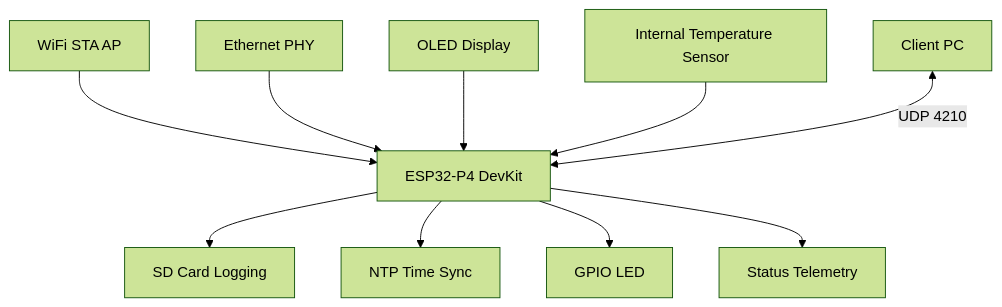
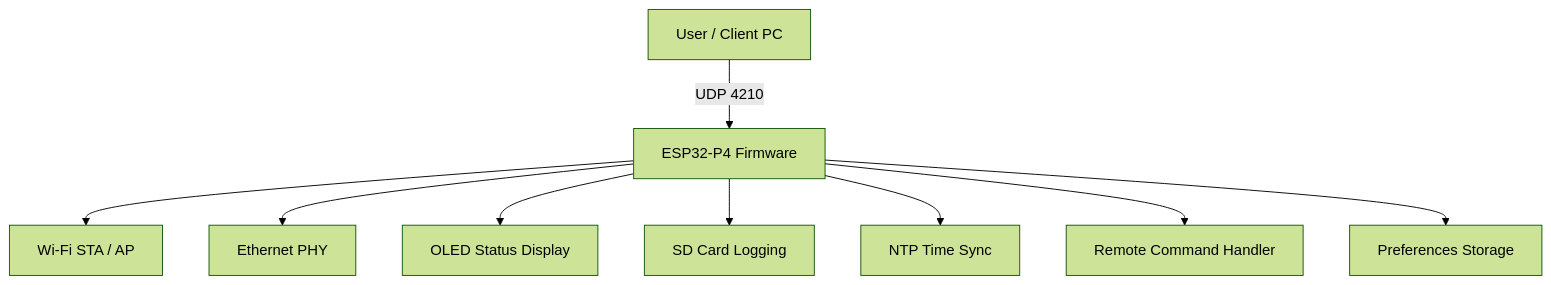
Before and after one commit to paulocfmarques-collab/esp32_wifi_eth_sdcard_P4: the diagram in README.md, drawn with Mermaid (forest theme). The commit also changed other lines of this file and 1 other file, not shown here.

````diff
--- a/README.md
+++ b/README.md
@@ -29,22 +77,11 @@
 ```mermaid
 flowchart TD
-
-    WIFI[WiFi STA AP]
-    ETH[Ethernet PHY]
-    OLED[OLED Display]
-
-    WIFI --> CORE[ESP32-P4 DevKit]
-    ETH --> CORE
-    OLED --> CORE
-
-    CORE --> SD[SD Card Logging]
-    CORE --> NTP[NTP Time Sync]
-    CORE --> GPIO[GPIO LED]
-
-    TEMP[Internal Temperature Sensor] --> CORE
-
-    CLIENT[Client PC]
-    CLIENT <-->|UDP 4210| CORE
-
-    CORE --> TELEMETRY[Status Telemetry]
+    USER[User / Client PC] -->|UDP 4210| FW[ESP32-P4 Firmware]
+    FW --> WIFI[Wi-Fi STA / AP]
+    FW --> ETH[Ethernet PHY]
+    FW --> OLED[OLED Status Display]
+    FW --> SD[SD Card Logging]
+    FW --> NTP[NTP Time Sync]
+    FW --> CMD[Remote Command Handler]
+    FW --> PREFS[Preferences Storage]
 ```
````
